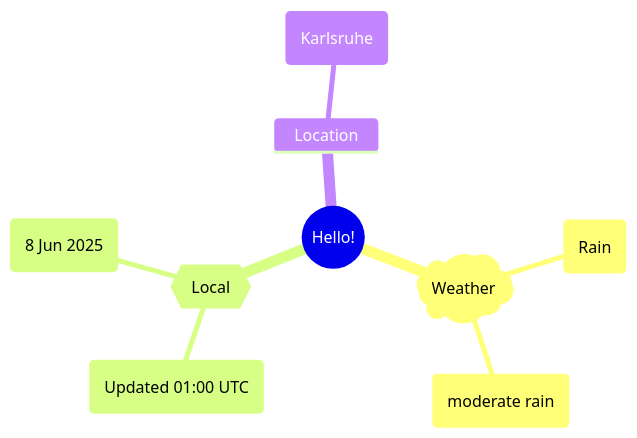
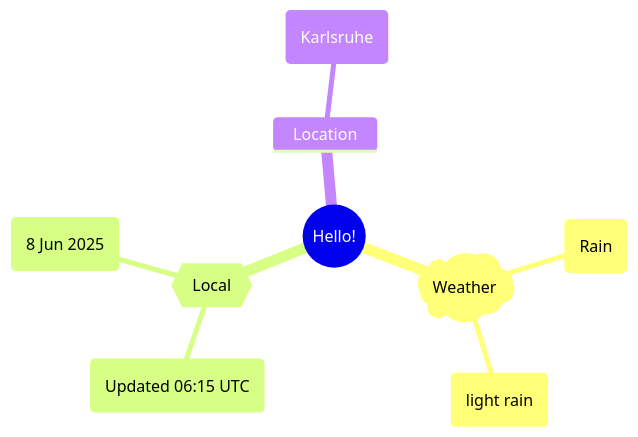
One commit to Xosrov/Xosrov changed the first of 2 diagrams in README.md. Above: the diagram before and after it, drawn with Mermaid.

Commit message:
[bot] updated images

````diff
--- a/README.md
+++ b/README.md
@@ -3,12 +3,12 @@
 ```mermaid
 mindmap
   root((Hello!))
     )Weather(
         (Rain)
-        (moderate rain)
+        (light rain)
     {{Local}}
-        (Updated 01:00 UTC)
+        (Updated 06:15 UTC)
         (8 Jun 2025)
     Location
         (Karlsruhe)
 ```
````
